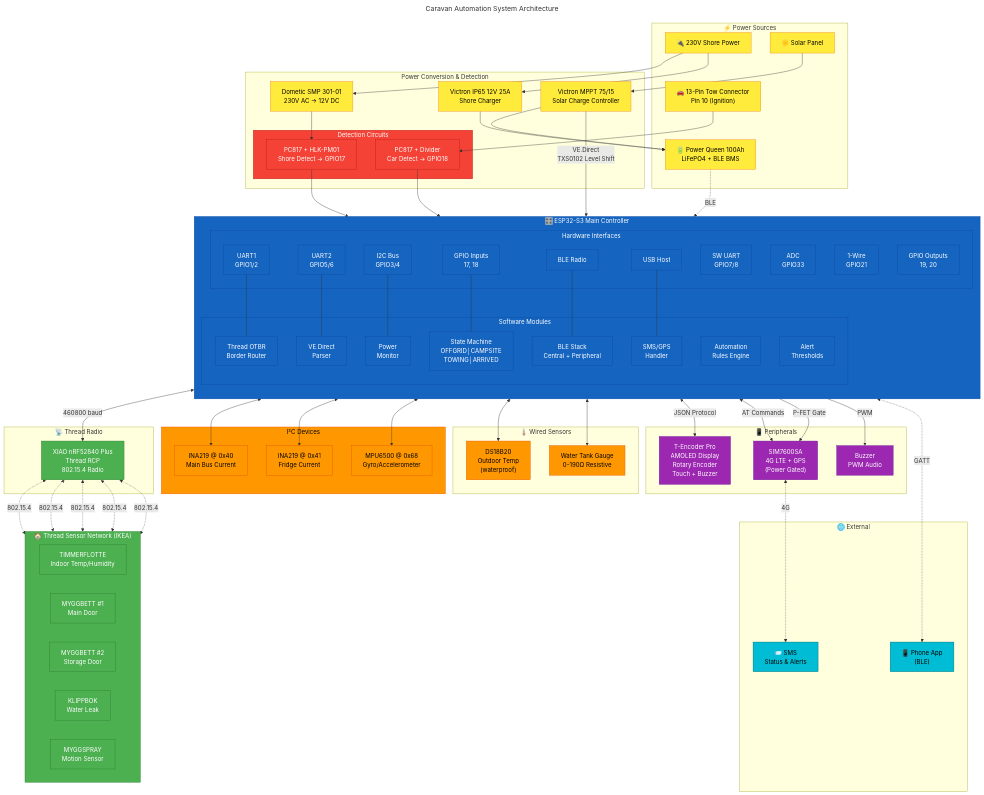
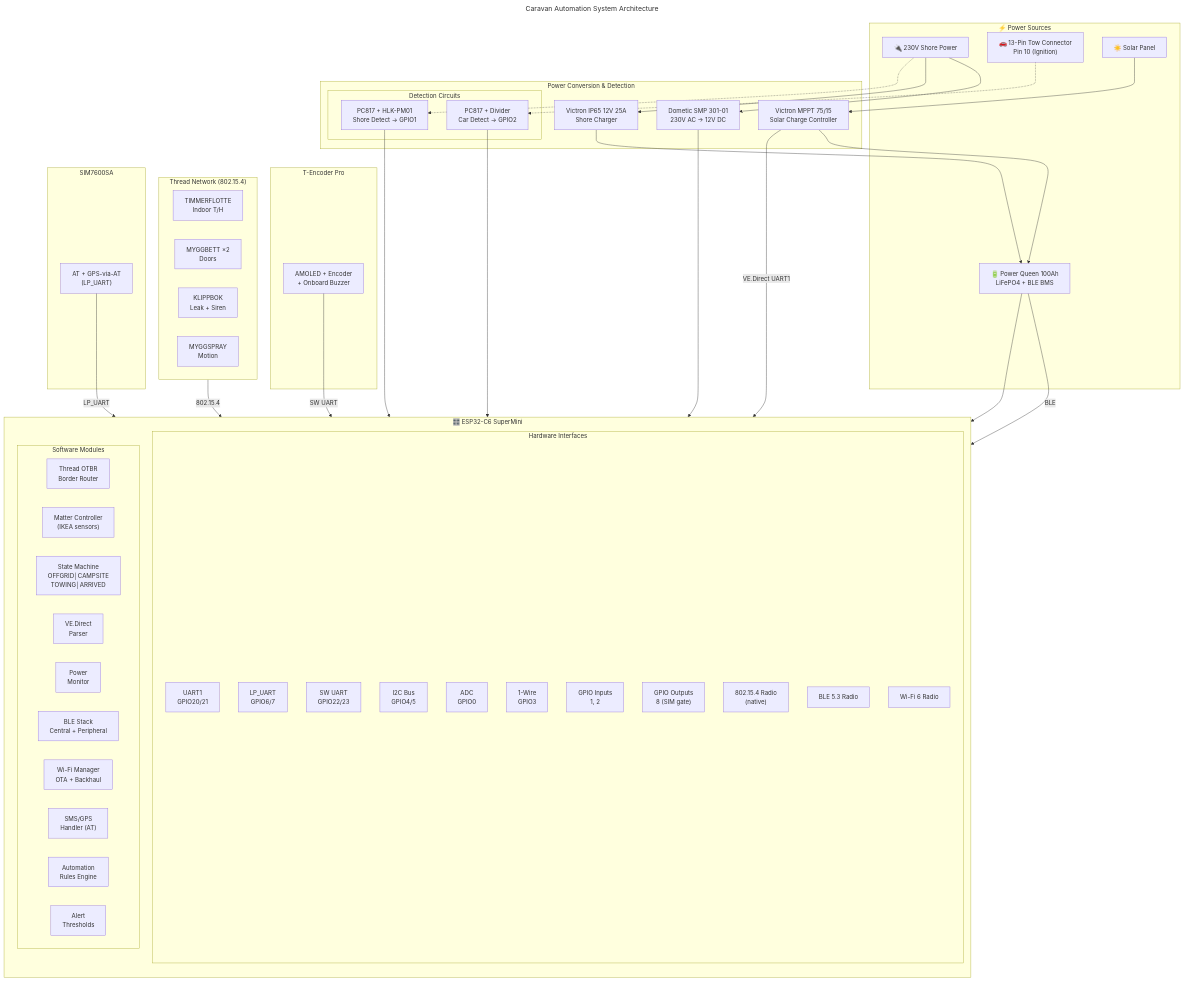
Before and after one commit to tehisain/caravan-ble: the diagram in docs/architecture.mermaid, drawn with Mermaid. The commit also changed 2 other files, not shown here.

Commit message:
docs: rewrite mermaid diagrams for ESP32-C6 architecture

```diff
--- a/docs/architecture.mermaid
+++ b/docs/architecture.mermaid
@@ -1,162 +1,90 @@
 ---
 title: Caravan Automation System Architecture
 ---
 flowchart TB
     %% ===== POWER SOURCES =====
     subgraph POWER["⚡ Power Sources"]
         SHORE["🔌 230V Shore Power"]
         CAR["🚗 13-Pin Tow Connector<br/>Pin 10 (Ignition)"]
         SOLAR["☀️ Solar Panel"]
         BATTERY["🔋 Power Queen 100Ah<br/>LiFePO4 + BLE BMS"]
     end
 
     %% ===== POWER CONVERSION & DETECTION =====
     subgraph POWER_CONV["Power Conversion & Detection"]
         SMP["Dometic SMP 301-01<br/>230V AC → 12V DC"]
         MPPT["Victron MPPT 75/15<br/>Solar Charge Controller"]
         IP65["Victron IP65 12V 25A<br/>Shore Charger"]
-        
+
         subgraph DETECT["Detection Circuits"]
-            SHORE_DET["PC817 + HLK-PM01<br/>Shore Detect → GPIO17"]
-            CAR_DET["PC817 + Divider<br/>Car Detect → GPIO18"]
+            SHORE_DET["PC817 + HLK-PM01<br/>Shore Detect → GPIO1"]
+            CAR_DET["PC817 + Divider<br/>Car Detect → GPIO2"]
         end
     end
 
     %% ===== MAIN CONTROLLER =====
-    subgraph ESP32["🎛️ ESP32-S3 Main Controller"]
+    subgraph C6["🎛️ ESP32-C6 SuperMini"]
         direction TB
-        
+
         subgraph INTERFACES["Hardware Interfaces"]
-            UART1["UART1<br/>GPIO1/2"]
-            UART2["UART2<br/>GPIO5/6"]
-            UART_SW["SW UART<br/>GPIO7/8"]
-            I2C["I2C Bus<br/>GPIO3/4"]
-            ADC["ADC<br/>GPIO33"]
-            ONEWIRE["1-Wire<br/>GPIO21"]
-            GPIO_IN["GPIO Inputs<br/>17, 18"]
-            GPIO_OUT["GPIO Outputs<br/>19, 20"]
-            USB_HOST["USB Host"]
-            BLE_INT["BLE Radio"]
+            UART1["UART1<br/>GPIO20/21"]
+            LP_UART["LP_UART<br/>GPIO6/7"]
+            UART_SW["SW UART<br/>GPIO22/23"]
+            I2C["I2C Bus<br/>GPIO4/5"]
+            ADC["ADC<br/>GPIO0"]
+            ONEWIRE["1-Wire<br/>GPIO3"]
+            GPIO_IN["GPIO Inputs<br/>1, 2"]
+            GPIO_OUT["GPIO Outputs<br/>8 (SIM gate)"]
+            RADIO_154["802.15.4 Radio<br/>(native)"]
+            BLE_INT["BLE 5.3 Radio"]
+            WIFI_INT["Wi-Fi 6 Radio"]
         end
-        
+
         subgraph SOFTWARE["Software Modules"]
             OTBR["Thread OTBR<br/>Border Router"]
+            MATTER["Matter Controller<br/>(IKEA sensors)"]
             STATE["State Machine<br/>OFFGRID│CAMPSITE<br/>TOWING│ARRIVED"]
             VEDIRECT["VE.Direct<br/>Parser"]
             POWER_MON["Power<br/>Monitor"]
             BLE_STACK["BLE Stack<br/>Central + Peripheral"]
-            SMS_HANDLER["SMS/GPS<br/>Handler"]
+            WIFI_MGR["Wi-Fi Manager<br/>OTA + Backhaul"]
+            SMS_HANDLER["SMS/GPS<br/>Handler (AT)"]
             RULES["Automation<br/>Rules Engine"]
             ALERTS["Alert<br/>Thresholds"]
         end
     end
 
-    %% ===== THREAD RADIO =====
-    subgraph THREAD_RADIO["📡 Thread Radio"]
-        XIAO["XIAO nRF52840 Plus<br/>Thread RCP<br/>802.15.4 Radio"]
+    %% ===== EXTERNAL DEVICES =====
+    subgraph THREAD["Thread Network (802.15.4)"]
+        T_TEMP["TIMMERFLOTTE<br/>Indoor T/H"]
+        T_DOOR["MYGGBETT ×2<br/>Doors"]
+        T_LEAK["KLIPPBOK<br/>Leak + Siren"]
+        T_MOTION["MYGGSPRAY<br/>Motion"]
     end
 
-    %% ===== THREAD SENSOR NETWORK =====
-    subgraph THREAD_NET["🏠 Thread Sensor Network (IKEA)"]
-        direction LR
-        TIMMER["TIMMERFLOTTE<br/>Indoor Temp/Humidity"]
-        MYGG1["MYGGBETT #1<br/>Main Door"]
-        MYGG2["MYGGBETT #2<br/>Storage Door"]
-        KLIPP["KLIPPBOK<br/>Water Leak"]
-        SPRAY["MYGGSPRAY<br/>Motion Sensor"]
+    subgraph DISPLAY["T-Encoder Pro"]
+        TEP_DISP["AMOLED + Encoder<br/>+ Onboard Buzzer"]
     end
 
-    %% ===== I2C DEVICES =====
-    subgraph I2C_DEV["I²C Devices"]
-        INA_MAIN["INA219 @ 0x40<br/>Main Bus Current"]
-        INA_FRIDGE["INA219 @ 0x41<br/>Fridge Current"]
-        MPU["MPU6500 @ 0x68<br/>Gyro/Accelerometer"]
+    subgraph CELLULAR["SIM7600SA"]
+        SIM_AT["AT + GPS-via-AT<br/>(LP_UART)"]
     end
 
-    %% ===== WIRED SENSORS =====
-    subgraph WIRED["🌡️ Wired Sensors"]
-        DS18["DS18B20<br/>Outdoor Temp<br/>(waterproof)"]
-        WATER["Water Tank Gauge<br/>0-190Ω Resistive"]
-    end
-
-    %% ===== PERIPHERALS =====
-    subgraph PERIPH["📱 Peripherals"]
-        TENCODER["T-Encoder Pro<br/>AMOLED Display<br/>Rotary Encoder<br/>Touch + Buzzer"]
-        SIM7600["SIM7600SA<br/>4G LTE + GPS<br/>(Power Gated)"]
-        BUZZER["Buzzer<br/>PWM Audio"]
-    end
-
-    %% ===== EXTERNAL =====
-    subgraph EXTERNAL["🌐 External"]
-        PHONE["📱 Phone App<br/>(BLE)"]
-        SMS["📨 SMS<br/>Status & Alerts"]
-    end
-
-    %% ===== POWER CONNECTIONS =====
+    %% ===== CONNECTIONS =====
     SHORE --> SMP
     SHORE --> IP65
-    SMP --> SHORE_DET
-    CAR --> CAR_DET
+    CAR -.-> CAR_DET
+    SHORE -.-> SHORE_DET
     SOLAR --> MPPT
     MPPT --> BATTERY
     IP65 --> BATTERY
-    BATTERY -.->|BLE| BLE_INT
+    SMP --> C6
+    BATTERY --> C6
 
-    %% ===== DETECTION TO ESP32 =====
     SHORE_DET --> GPIO_IN
     CAR_DET --> GPIO_IN
-
-    %% ===== VICTRON CONNECTION =====
-    MPPT -->|VE.Direct<br/>TXS0102 Level Shift| UART2
-
-    %% ===== THREAD CONNECTIONS =====
-    UART1 <-->|460800 baud| XIAO
-    XIAO <-.->|802.15.4| TIMMER
-    XIAO <-.->|802.15.4| MYGG1
-    XIAO <-.->|802.15.4| MYGG2
-    XIAO <-.->|802.15.4| KLIPP
-    XIAO <-.->|802.15.4| SPRAY
-
-    %% ===== I2C CONNECTIONS =====
-    I2C <--> INA_MAIN
-    I2C <--> INA_FRIDGE
-    I2C <--> MPU
-
-    %% ===== WIRED SENSOR CONNECTIONS =====
-    ONEWIRE <--> DS18
-    ADC <--> WATER
-
-    %% ===== PERIPHERAL CONNECTIONS =====
-    UART_SW <-->|JSON Protocol| TENCODER
-    USB_HOST <-->|AT Commands| SIM7600
-    GPIO_OUT -->|P-FET Gate| SIM7600
-    GPIO_OUT -->|PWM| BUZZER
-
-    %% ===== EXTERNAL CONNECTIONS =====
-    BLE_INT <-.->|GATT| PHONE
-    SIM7600 <-.->|4G| SMS
-
-    %% ===== SOFTWARE CONNECTIONS =====
-    UART1 --- OTBR
-    UART2 --- VEDIRECT
-    I2C --- POWER_MON
-    GPIO_IN --- STATE
-    BLE_INT --- BLE_STACK
-    USB_HOST --- SMS_HANDLER
-
-    %% ===== STYLING =====
-    classDef power fill:#ffeb3b,stroke:#f57f17,color:#000
-    classDef esp32 fill:#1565c0,stroke:#0d47a1,color:#fff
-    classDef thread fill:#4caf50,stroke:#2e7d32,color:#fff
-    classDef sensor fill:#ff9800,stroke:#e65100,color:#000
-    classDef peripheral fill:#9c27b0,stroke:#6a1b9a,color:#fff
-    classDef external fill:#00bcd4,stroke:#006064,color:#000
-    classDef detect fill:#f44336,stroke:#b71c1c,color:#fff
-
-    class SHORE,CAR,SOLAR,BATTERY,SMP,MPPT,IP65 power
-    class ESP32,INTERFACES,SOFTWARE,UART1,UART2,UART_SW,I2C,ADC,ONEWIRE,GPIO_IN,GPIO_OUT,USB_HOST,BLE_INT,OTBR,STATE,VEDIRECT,POWER_MON,BLE_STACK,SMS_HANDLER,RULES,ALERTS esp32
-    class XIAO,THREAD_NET,TIMMER,MYGG1,MYGG2,KLIPP,SPRAY thread
-    class I2C_DEV,INA_MAIN,INA_FRIDGE,MPU,DS18,WATER sensor
-    class TENCODER,SIM7600,BUZZER peripheral
-    class PHONE,SMS external
-    class SHORE_DET,CAR_DET,DETECT detect
+    MPPT -- "VE.Direct UART1" --> UART1
+    BATTERY -- "BLE" --> BLE_INT
+    SIM_AT -- "LP_UART" --> LP_UART
+    TEP_DISP -- "SW UART" --> UART_SW
+    THREAD -- "802.15.4" --> RADIO_154
```
